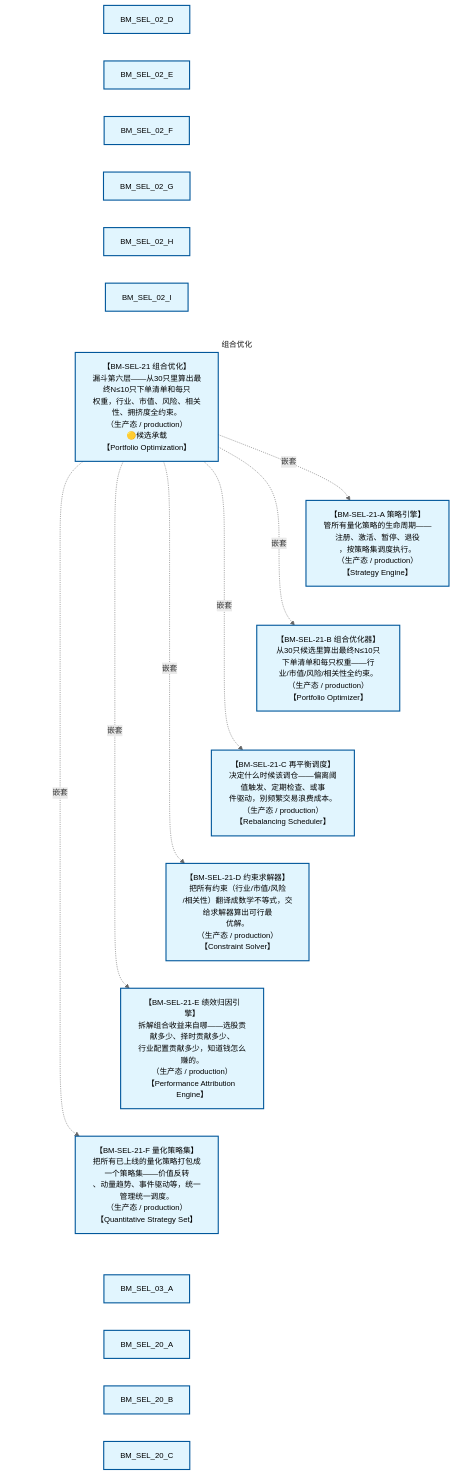
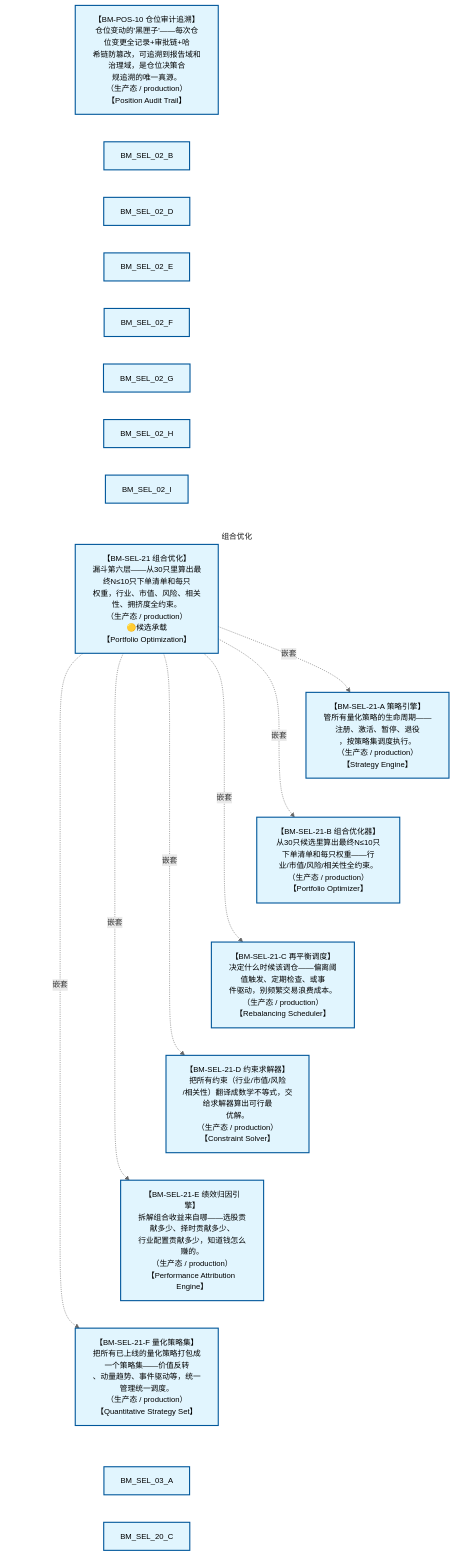
The seventh of 8 diagrams in docs/02_enterprise_architecture/07_trading_decision_architecture/battle_map/battle_map_panorama.md (xuanFelixVan/ZephyrAlpha), drawn with Mermaid before and after one commit. The commit also changed other lines of this file, not shown here.

````diff
--- a/docs/02_enterprise_architecture/07_trading_decision_architecture/battle_map/battle_map_panorama.md
+++ b/docs/02_enterprise_architecture/07_trading_decision_architecture/battle_map/battle_map_panorama.md
@@ -775,27 +790,28 @@
 ```mermaid
 %%{init: {'theme': 'base', 'themeVariables': {'primaryColor': '#eaeaea', 'primaryTextColor': '#333333', 'primaryBorderColor': '#666666', 'lineColor': '#666666', 'secondaryColor': '#eaeaea', 'tertiaryColor': '#eaeaea', 'clusterBkg': 'transparent', 'clusterBorder': 'transparent', 'fontSize': '14px'}}}%%
 %% 作战地图·运营态（第 3/3 页）
 flowchart TD
+    BM_POS_10["【BM-POS-10 仓位审计追溯】<br/>仓位变动的'黑匣子'——每次仓位变更全记录+审批链+哈<br/>希链防篡改，可追溯到报告域和治理域，是仓位决策合<br/>规追溯的唯一真源。<br/>（生产态 / production）<br/>【Position Audit Trail】"]
     subgraph sg_BM_SEL_21 ["组合优化"]
         BM_SEL_21["【BM-SEL-21 组合优化】<br/>漏斗第六层——从30只里算出最终N≤10只下单清单和每只<br/>权重，行业、市值、风险、相关性、拥挤度全约束。<br/>（生产态 / production）<br/>🟡候选承载<br/>【Portfolio Optimization】"]
         BM_SEL_21_A["【BM-SEL-21-A 策略引擎】<br/>管所有量化策略的生命周期——注册、激活、暂停、退役<br/>，按策略集调度执行。<br/>（生产态 / production）<br/>【Strategy Engine】"]
         BM_SEL_21_B["【BM-SEL-21-B 组合优化器】<br/>从30只候选里算出最终N≤10只下单清单和每只权重——行<br/>业/市值/风险/相关性全约束。<br/>（生产态 / production）<br/>【Portfolio Optimizer】"]
         BM_SEL_21_C["【BM-SEL-21-C 再平衡调度】<br/>决定什么时候该调仓——偏离阈值触发、定期检查、或事<br/>件驱动，别频繁交易浪费成本。<br/>（生产态 / production）<br/>【Rebalancing Scheduler】"]
         BM_SEL_21_D["【BM-SEL-21-D 约束求解器】<br/>把所有约束（行业/市值/风险<br/>/相关性）翻译成数学不等式，交给求解器算出可行最<br/>优解。<br/>（生产态 / production）<br/>【Constraint Solver】"]
         BM_SEL_21_E["【BM-SEL-21-E 绩效归因引擎】<br/>拆解组合收益来自哪——选股贡献多少、择时贡献多少、<br/>行业配置贡献多少，知道钱怎么赚的。<br/>（生产态 / production）<br/>【Performance Attribution Engine】"]
         BM_SEL_21_F["【BM-SEL-21-F 量化策略集】<br/>把所有已上线的量化策略打包成一个策略集——价值反转<br/>、动量趋势、事件驱动等，统一管理统一调度。<br/>（生产态 / production）<br/>【Quantitative Strategy Set】"]
         BM_SEL_21 -.->|嵌套| BM_SEL_21_A
         BM_SEL_21 -.->|嵌套| BM_SEL_21_B
         BM_SEL_21 -.->|嵌套| BM_SEL_21_C
         BM_SEL_21 -.->|嵌套| BM_SEL_21_D
         BM_SEL_21 -.->|嵌套| BM_SEL_21_E
         BM_SEL_21 -.->|嵌套| BM_SEL_21_F
     end
-    BM_SEL_02_D ~~~ BM_SEL_02_E ~~~ BM_SEL_02_F ~~~ BM_SEL_02_G ~~~ BM_SEL_02_H ~~~ BM_SEL_02_I ~~~ BM_SEL_21 ~~~ BM_SEL_21_A ~~~ BM_SEL_21_B ~~~ BM_SEL_21_C ~~~ BM_SEL_21_D ~~~ BM_SEL_21_E ~~~ BM_SEL_21_F ~~~ BM_SEL_03_A ~~~ BM_SEL_20_A ~~~ BM_SEL_20_B ~~~ BM_SEL_20_C
+    BM_POS_10 ~~~ BM_SEL_02_B ~~~ BM_SEL_02_D ~~~ BM_SEL_02_E ~~~ BM_SEL_02_F ~~~ BM_SEL_02_G ~~~ BM_SEL_02_H ~~~ BM_SEL_02_I ~~~ BM_SEL_21 ~~~ BM_SEL_21_A ~~~ BM_SEL_21_B ~~~ BM_SEL_21_C ~~~ BM_SEL_21_D ~~~ BM_SEL_21_E ~~~ BM_SEL_21_F ~~~ BM_SEL_03_A ~~~ BM_SEL_20_C
 classDef production fill:#e1f5fe,stroke:#01579b,stroke-width:2px,color:#000
 classDef design fill:#fff3e0,stroke:#e65100,stroke-width:2px,color:#000,stroke-dasharray: 5 5
 classDef deprecated fill:#ffebee,stroke:#c62828,stroke-width:2px,color:#000
 classDef missing fill:#eeeeee,stroke:#9e9e9e,stroke-width:2px,color:#000
 classDef candidate fill:#fffde7,stroke:#f9a825,stroke-width:2px,color:#000,stroke-dasharray: 5 5
-    class BM_SEL_02_D,BM_SEL_02_E,BM_SEL_02_F,BM_SEL_02_G,BM_SEL_02_H,BM_SEL_02_I,BM_SEL_21,BM_SEL_21_A,BM_SEL_21_B,BM_SEL_21_C,BM_SEL_21_D,BM_SEL_21_E,BM_SEL_21_F,BM_SEL_03_A,BM_SEL_20_A,BM_SEL_20_B,BM_SEL_20_C production
+    class BM_POS_10,BM_SEL_02_B,BM_SEL_02_D,BM_SEL_02_E,BM_SEL_02_F,BM_SEL_02_G,BM_SEL_02_H,BM_SEL_02_I,BM_SEL_21,BM_SEL_21_A,BM_SEL_21_B,BM_SEL_21_C,BM_SEL_21_D,BM_SEL_21_E,BM_SEL_21_F,BM_SEL_03_A,BM_SEL_20_C production
 ```
````
